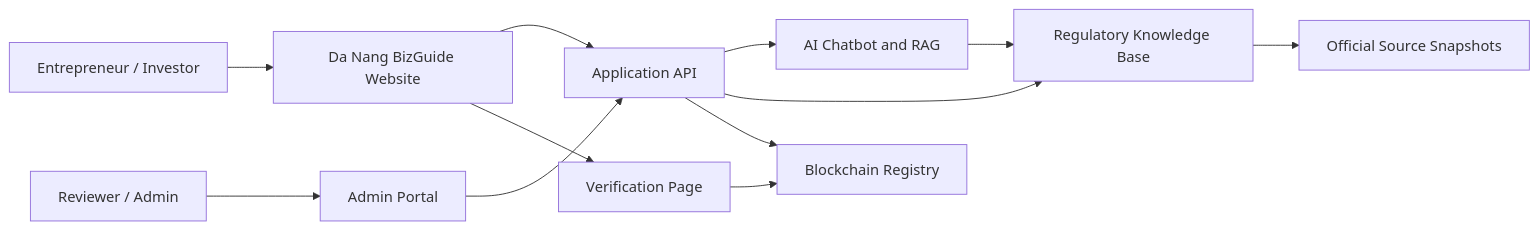
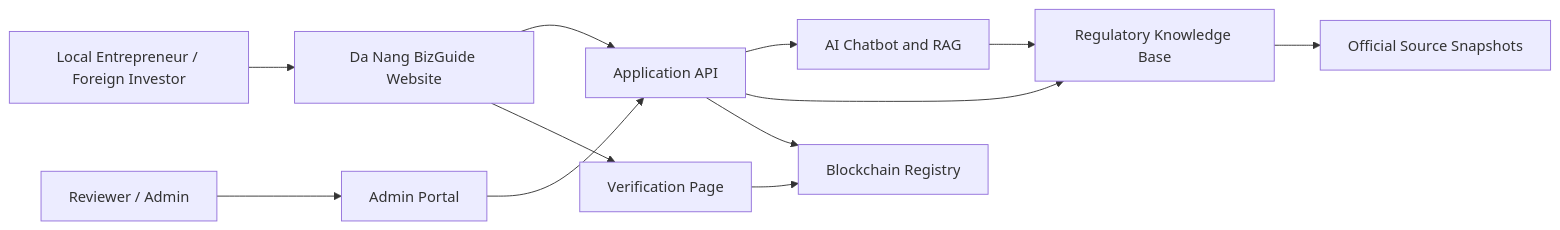
The first of 3 diagrams in docs/architecture/architecture-v1.md (MAWOW1000/da-nang-bizguide), drawn with Mermaid before and after one commit. The commit also changed other lines of this file and 6 other files, not shown here.

````diff
--- a/docs/architecture/architecture-v1.md
+++ b/docs/architecture/architecture-v1.md
@@ -14,14 +14,14 @@
 ```mermaid
 flowchart LR
-    USER[Entrepreneur / Investor] --> WEB[Da Nang BizGuide Website]
+    USER[Local Entrepreneur / Foreign Investor] --> WEB[Da Nang BizGuide Website]
     ADMIN[Reviewer / Admin] --> ADMINUI[Admin Portal]
     WEB --> API[Application API]
     ADMINUI --> API
     API --> AI[AI Chatbot and RAG]
     API --> KB[Regulatory Knowledge Base]
     API --> CHAIN[Blockchain Registry]
     KB --> SOURCES[Official Source Snapshots]
     AI --> KB
     WEB --> VERIFY[Verification Page]
     VERIFY --> CHAIN
 ```
````
